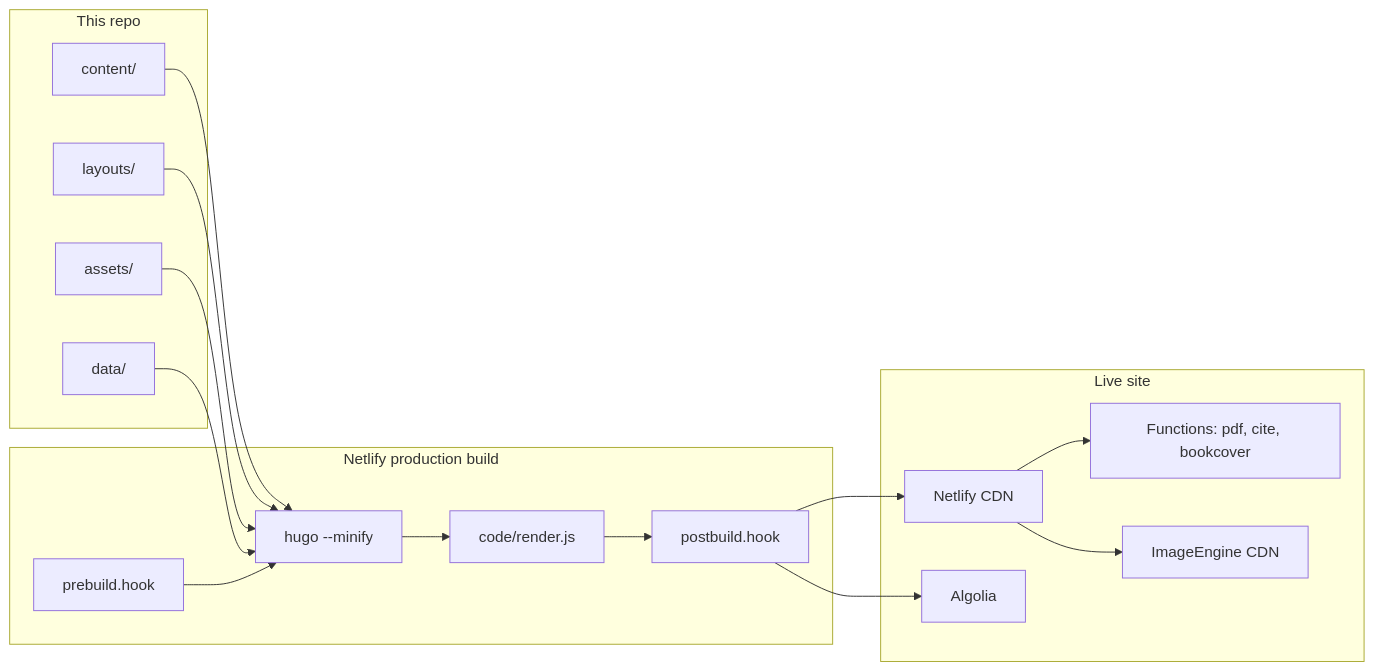
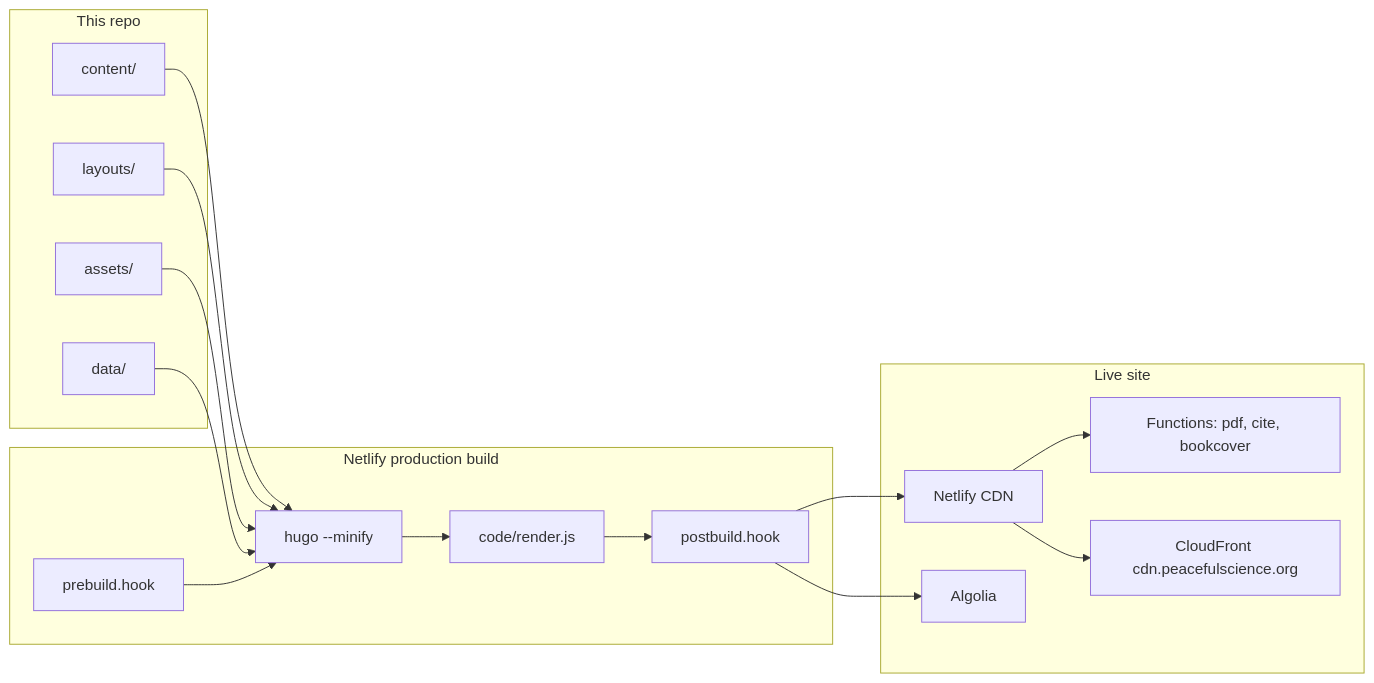
The diagram in docs/architecture.md (PeacefulScience/peacefulscience.org), drawn with Mermaid before and after one commit. The commit also changed other lines of this file and 9 other files, not shown here.

First line of the commit message:
Route newsletter images through cdn.peacefulscience.org and refresh hosting docs.

````diff
--- a/docs/architecture.md
+++ b/docs/architecture.md
@@ -9,33 +9,33 @@
 ```mermaid
 flowchart LR
   subgraph source [This repo]
     MD[content/]
     L[layouts/]
     A[assets/]
     D[data/]
   end
 
   subgraph build [Netlify production build]
     PRE[prebuild.hook]
     HUGO[hugo --minify]
     RJS[code/render.js]
     POST[postbuild.hook]
   end
 
   subgraph live [Live site]
     NF[Netlify CDN]
     FN[Functions: pdf, cite, bookcover]
     ALG[Algolia]
-    CDN[ImageEngine CDN]
+    CDN[CloudFront cdn.peacefulscience.org]
   end
 
   MD --> HUGO
   L --> HUGO
   A --> HUGO
   D --> HUGO
   PRE --> HUGO --> RJS --> POST
   POST --> NF
   POST --> ALG
   NF --> FN
   NF --> CDN
 ```
````
